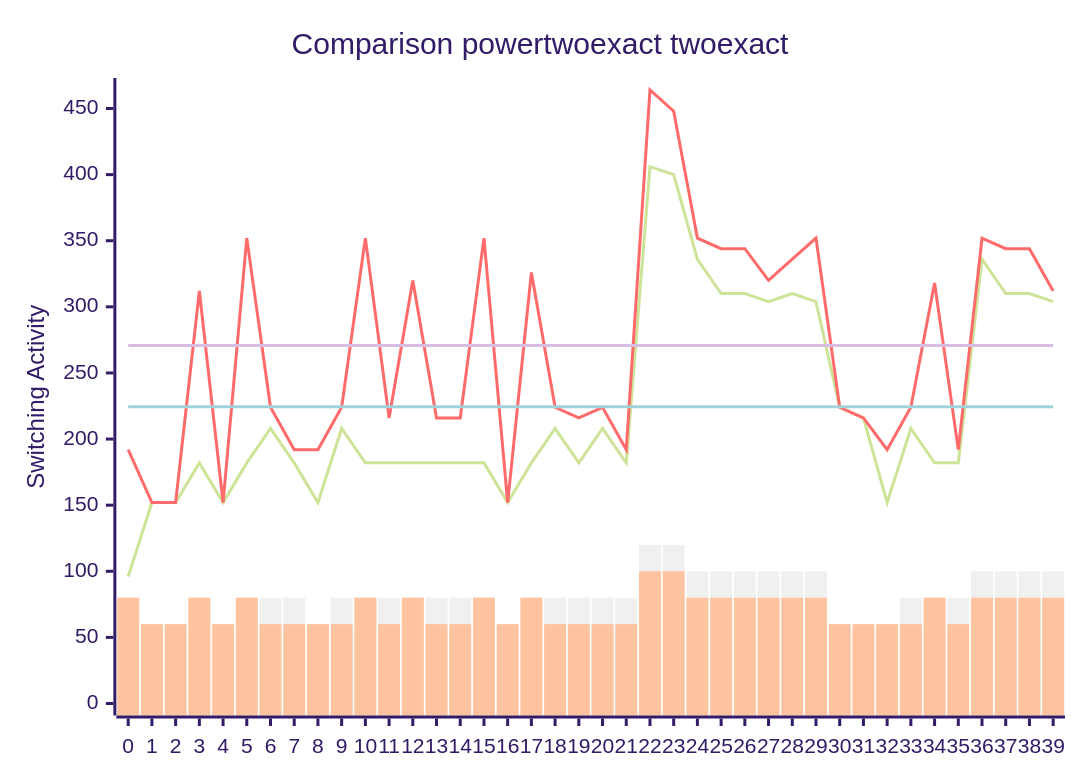
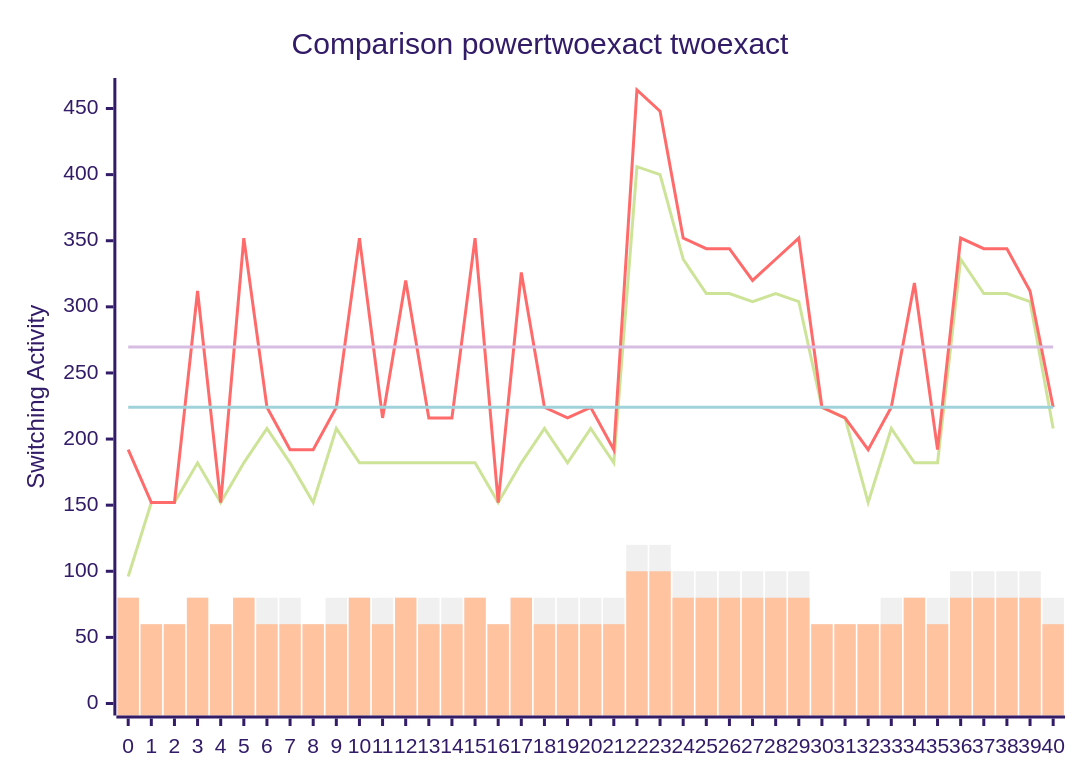
Before and after one commit to FeldmeierMichael/Exact-Power-Synthesis: the diagram in benchmark.md, drawn with Mermaid (forest theme). The commit also changed other lines of this file and 2 other files, not shown here.

````diff
--- a/benchmark.md
+++ b/benchmark.md
@@ -81,12 +83,12 @@
 ```mermaid
 xychart-beta
     title "Comparison powertwoexact twoexact"
-    x-axis [0, 1, 2, 3, 4, 5, 6, 7, 8, 9, 10, 11, 12, 13, 14, 15, 16, 17, 18, 19, 20, 21, 22, 23, 24, 25, 26, 27, 28, 29, 30, 31, 32, 33, 34, 35, 36, 37, 38, 39]
+    x-axis [0, 1, 2, 3, 4, 5, 6, 7, 8, 9, 10, 11, 12, 13, 14, 15, 16, 17, 18, 19, 20, 21, 22, 23, 24, 25, 26, 27, 28, 29, 30, 31, 32, 33, 34, 35, 36, 37, 38, 39, 40]
     y-axis "Switching Activity" 0-->464
-    line [96, 152, 152, 182, 152, 182, 208, 182, 152, 208, 182, 182, 182, 182, 182, 182, 152, 182, 208, 182, 208, 182, 406, 400, 336, 310, 310, 304, 310, 304, 224, 216, 152, 208, 182, 182, 336, 310, 310, 304]
-    line [192, 152, 152, 312, 152, 352, 224, 192, 192, 224, 352, 216, 320, 216, 216, 352, 152, 326, 224, 216, 224, 192, 464, 448, 352, 344, 344, 320, 336, 352, 224, 216, 192, 224, 318, 192, 352, 344, 344, 312]
-    line [224.4, 224.4, 224.4, 224.4, 224.4, 224.4, 224.4, 224.4, 224.4, 224.4, 224.4, 224.4, 224.4, 224.4, 224.4, 224.4, 224.4, 224.4, 224.4, 224.4, 224.4, 224.4, 224.4, 224.4, 224.4, 224.4, 224.4, 224.4, 224.4, 224.4, 224.4, 224.4, 224.4, 224.4, 224.4, 224.4, 224.4, 224.4, 224.4, 224.4]
-    line [270.7, 270.7, 270.7, 270.7, 270.7, 270.7, 270.7, 270.7, 270.7, 270.7, 270.7, 270.7, 270.7, 270.7, 270.7, 270.7, 270.7, 270.7, 270.7, 270.7, 270.7, 270.7, 270.7, 270.7, 270.7, 270.7, 270.7, 270.7, 270.7, 270.7, 270.7, 270.7, 270.7, 270.7, 270.7, 270.7, 270.7, 270.7, 270.7, 270.7]
-    bar [80, 60, 60, 80, 60, 80, 80, 80, 60, 80, 80, 80, 80, 80, 80, 80, 60, 80, 80, 80, 80, 80, 120, 120, 100, 100, 100, 100, 100, 100, 60, 60, 60, 80, 80, 80, 100, 100, 100, 100]
-    bar [80, 60, 60, 80, 60, 80, 60, 60, 60, 60, 80, 60, 80, 60, 60, 80, 60, 80, 60, 60, 60, 60, 100, 100, 80, 80, 80, 80, 80, 80, 60, 60, 60, 60, 80, 60, 80, 80, 80, 80]
+    line [96, 152, 152, 182, 152, 182, 208, 182, 152, 208, 182, 182, 182, 182, 182, 182, 152, 182, 208, 182, 208, 182, 406, 400, 336, 310, 310, 304, 310, 304, 224, 216, 152, 208, 182, 182, 336, 310, 310, 304, 208]
+    line [192, 152, 152, 312, 152, 352, 224, 192, 192, 224, 352, 216, 320, 216, 216, 352, 152, 326, 224, 216, 224, 192, 464, 448, 352, 344, 344, 320, 336, 352, 224, 216, 192, 224, 318, 192, 352, 344, 344, 312, 224]
+    line [224.0, 224.0, 224.0, 224.0, 224.0, 224.0, 224.0, 224.0, 224.0, 224.0, 224.0, 224.0, 224.0, 224.0, 224.0, 224.0, 224.0, 224.0, 224.0, 224.0, 224.0, 224.0, 224.0, 224.0, 224.0, 224.0, 224.0, 224.0, 224.0, 224.0, 224.0, 224.0, 224.0, 224.0, 224.0, 224.0, 224.0, 224.0, 224.0, 224.0, 224.0]
+    line [269.5609756097561, 269.5609756097561, 269.5609756097561, 269.5609756097561, 269.5609756097561, 269.5609756097561, 269.5609756097561, 269.5609756097561, 269.5609756097561, 269.5609756097561, 269.5609756097561, 269.5609756097561, 269.5609756097561, 269.5609756097561, 269.5609756097561, 269.5609756097561, 269.5609756097561, 269.5609756097561, 269.5609756097561, 269.5609756097561, 269.5609756097561, 269.5609756097561, 269.5609756097561, 269.5609756097561, 269.5609756097561, 269.5609756097561, 269.5609756097561, 269.5609756097561, 269.5609756097561, 269.5609756097561, 269.5609756097561, 269.5609756097561, 269.5609756097561, 269.5609756097561, 269.5609756097561, 269.5609756097561, 269.5609756097561, 269.5609756097561, 269.5609756097561, 269.5609756097561, 269.5609756097561]
+    bar [80, 60, 60, 80, 60, 80, 80, 80, 60, 80, 80, 80, 80, 80, 80, 80, 60, 80, 80, 80, 80, 80, 120, 120, 100, 100, 100, 100, 100, 100, 60, 60, 60, 80, 80, 80, 100, 100, 100, 100, 80]
+    bar [80, 60, 60, 80, 60, 80, 60, 60, 60, 60, 80, 60, 80, 60, 60, 80, 60, 80, 60, 60, 60, 60, 100, 100, 80, 80, 80, 80, 80, 80, 60, 60, 60, 60, 80, 60, 80, 80, 80, 80, 60]
 ```
````
